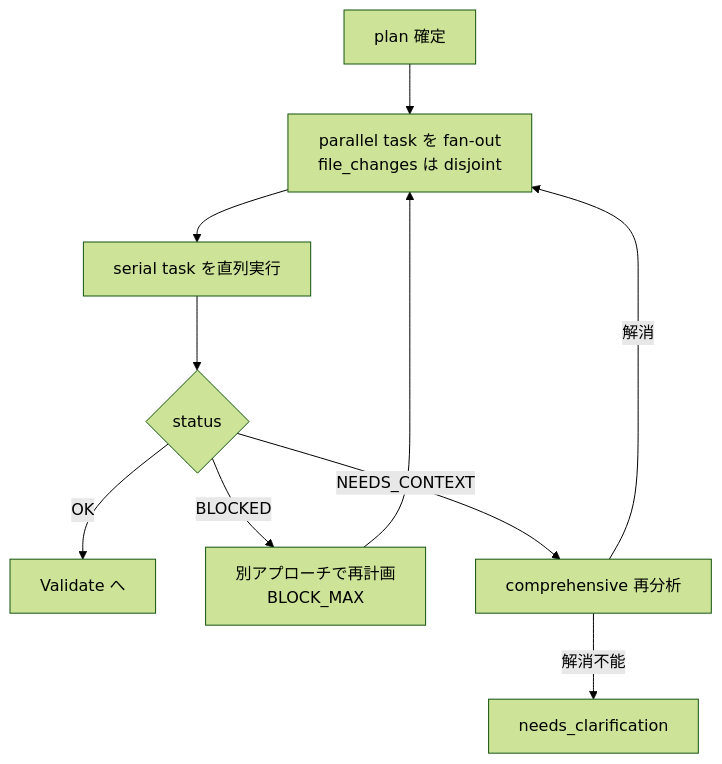
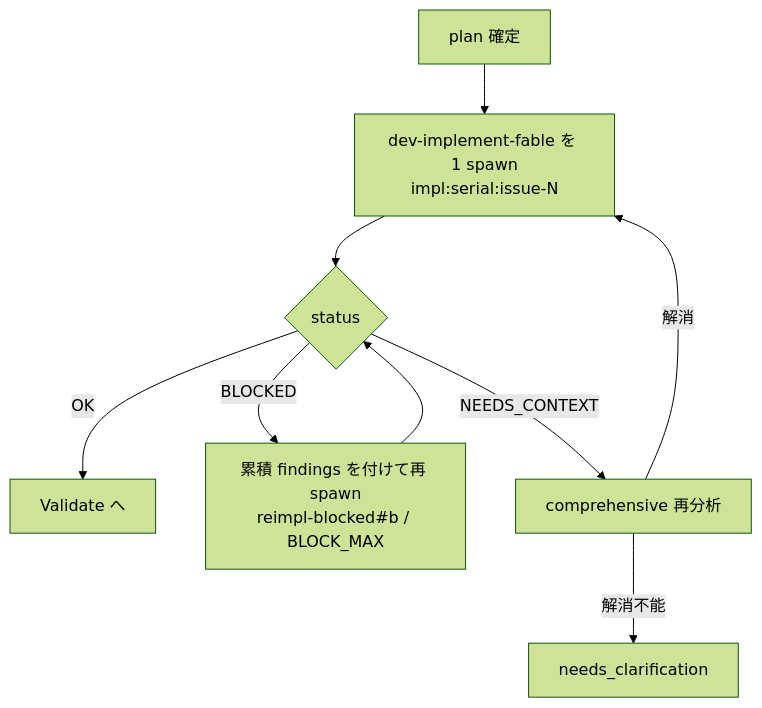
Before and after one commit to it-all-playpark/skills: the fifth of 14 diagrams in docs/dev-flow-atlas.md, drawn with Mermaid (forest theme). The commit also changed other lines of this file and 114 other files, not shown here.

````diff
--- a/docs/dev-flow-atlas.md
+++ b/docs/dev-flow-atlas.md
@@ -136,12 +128,11 @@
 ```mermaid
 flowchart TD
-    IN["plan 確定"] --> I1["parallel task を fan-out<br/>file_changes は disjoint"]
-    I1 --> I2["serial task を直列実行"]
-    I2 --> I3{"status"}
+    IN["plan 確定"] --> I1["dev-implement-fable を 1 spawn<br/>impl:serial:issue-N"]
+    I1 --> I3{"status"}
     I3 -->|OK| OUT["Validate へ"]
-    I3 -->|BLOCKED| I4["別アプローチで再計画<br/>BLOCK_MAX"]
-    I4 --> I1
+    I3 -->|BLOCKED| I4["累積 findings を付けて再 spawn<br/>reimpl-blocked#b / BLOCK_MAX"]
+    I4 --> I3
     I3 -->|NEEDS_CONTEXT| I5["comprehensive 再分析"]
     I5 -->|"解消"| I1
     I5 -->|"解消不能"| NC["needs_clarification"]
 ```
````
